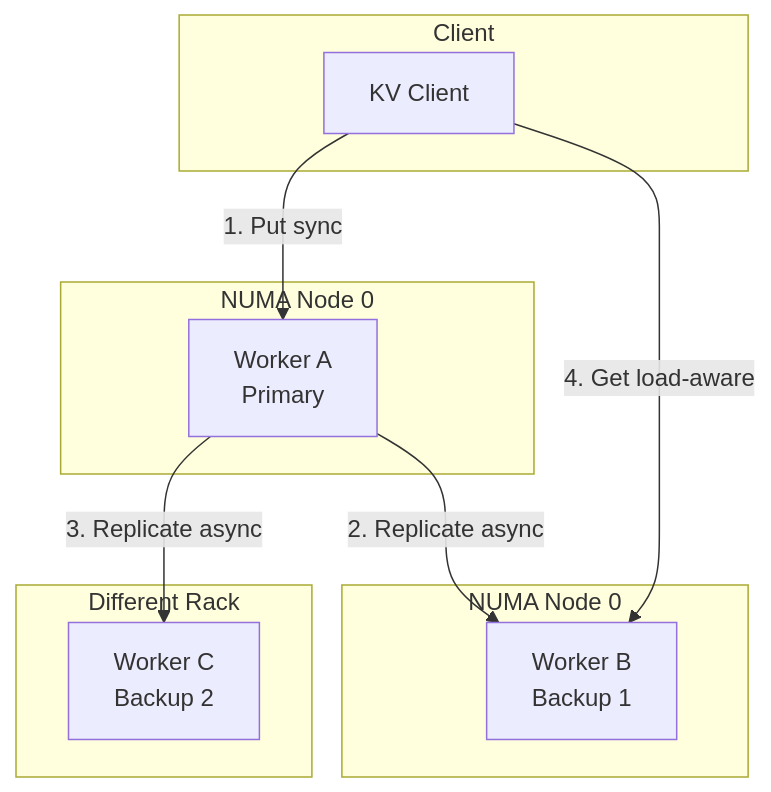
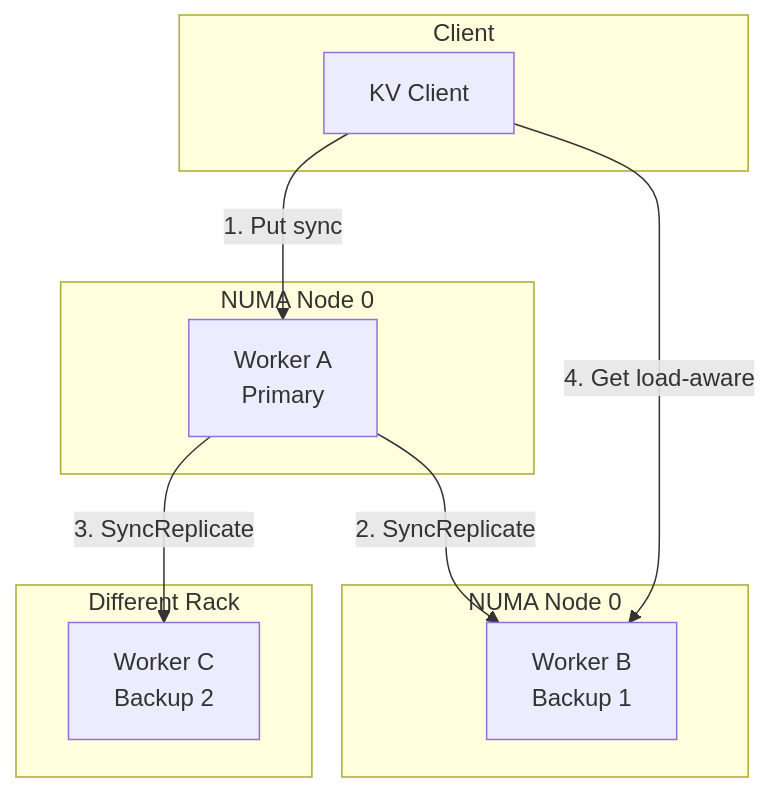
One commit to CheYulin/yuanrong-datasystem-agent-workbench changed the first of 8 diagrams in rfc/2026-05-multi-replica/design.md. Above: the diagram before and after it, drawn with Mermaid. The commit also changed other lines of this file and 1 other file, not shown here.

Commit message:
fix: remove all async replication remnants, sync is the design

````diff
--- a/rfc/2026-05-multi-replica/design.md
+++ b/rfc/2026-05-multi-replica/design.md
@@ -50,23 +50,23 @@
 ```mermaid
 flowchart TB
     subgraph Client
         C[KV Client]
     end
     
     subgraph Node1 [NUMA Node 0]
         W1[Worker A<br/>Primary]
     end
     
     subgraph Node2 [NUMA Node 0]
         W2[Worker B<br/>Backup 1]
     end
     
     subgraph Node3 [Different Rack]
         W3[Worker C<br/>Backup 2]
     end
     
     C -->|1. Put sync| W1
-    W1 -->|2. Replicate async| W2
-    W1 -->|3. Replicate async| W3
+    W1 -->|2. SyncReplicate| W2
+    W1 -->|3. SyncReplicate| W3
     C -->|4. Get load-aware| W2
 ```
````
